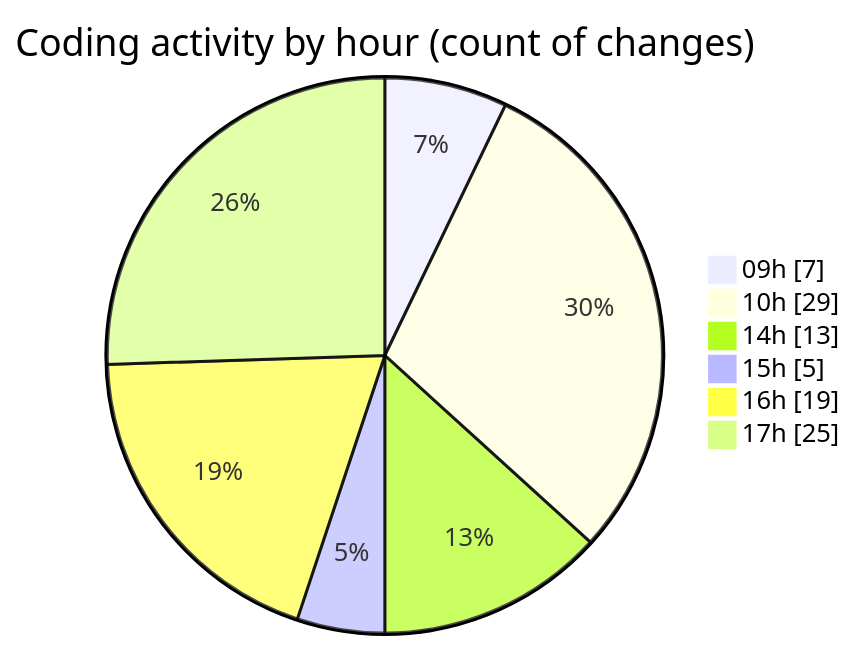
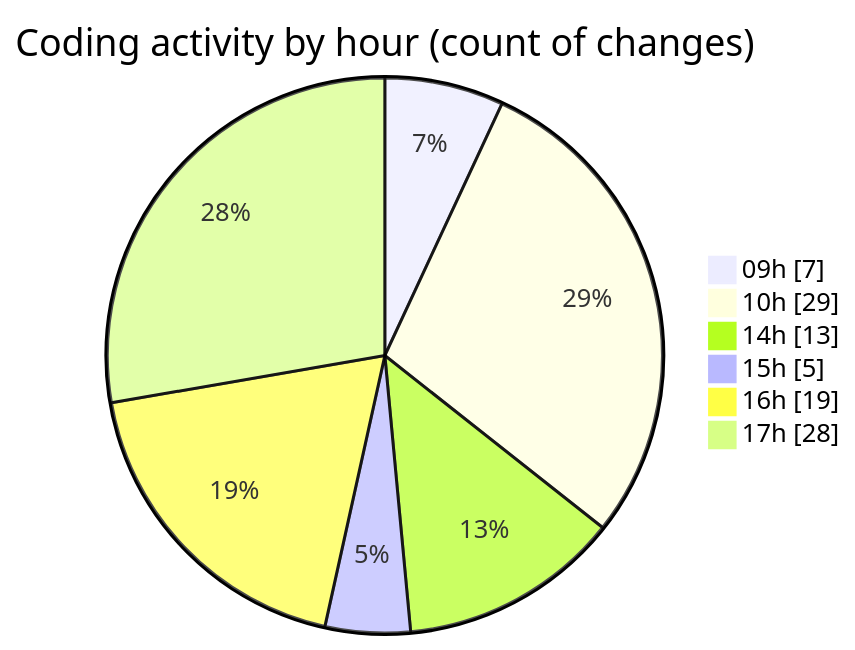
Before and after one commit to momahboobian/code-tracking: the second of 2 diagrams in 2025-06-16/cda/README.md, drawn with Mermaid. The commit also changed other lines of this file and 1 other file, not shown here.

````diff
--- a/2025-06-16/cda/README.md
+++ b/2025-06-16/cda/README.md
@@ -45,10 +46,10 @@
 ```mermaid
 pie showData
 title Coding activity by hour (count of changes)
 "09h" : 7
 "10h" : 29
 "14h" : 13
 "15h" : 5
 "16h" : 19
-"17h" : 25
+"17h" : 28
 ```
````
